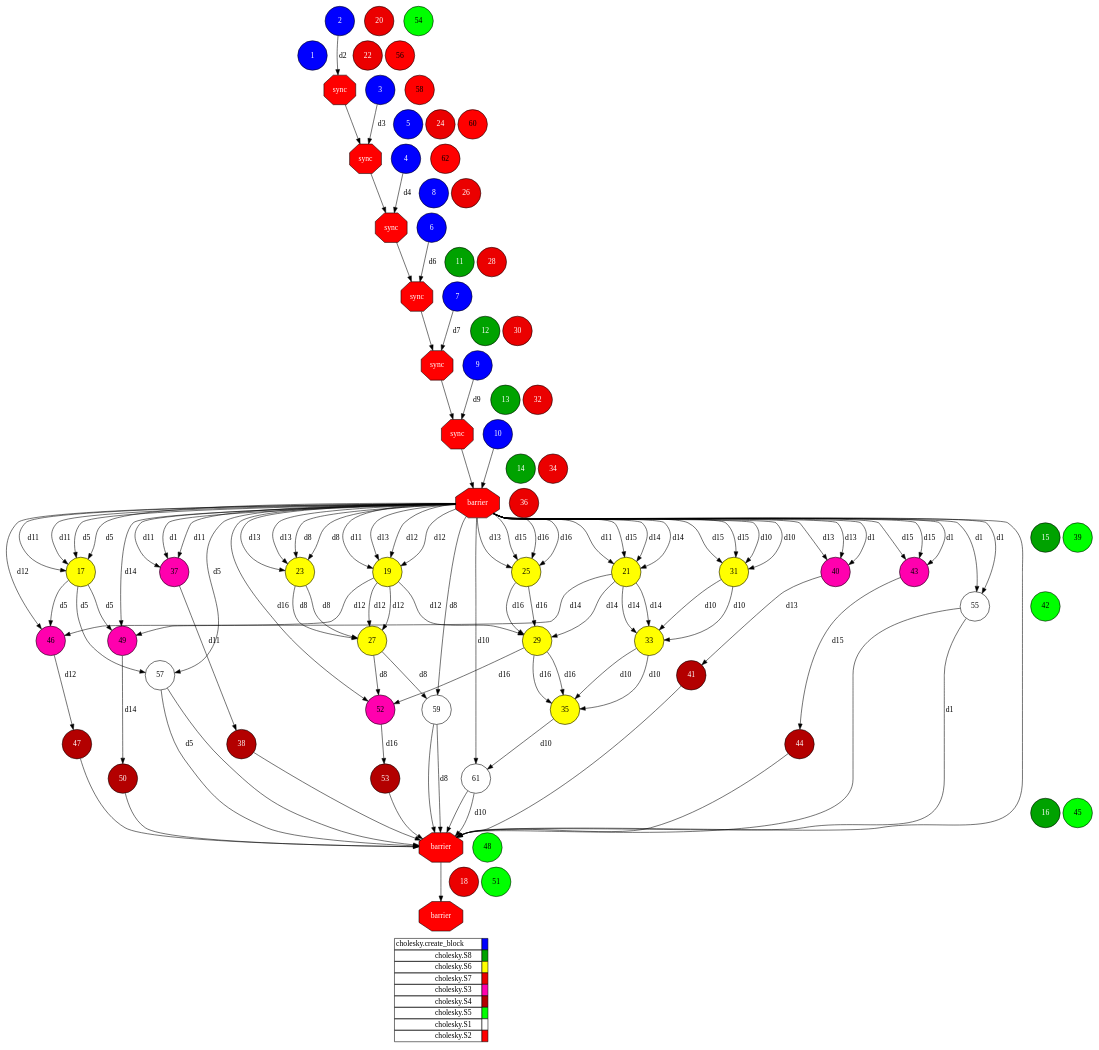
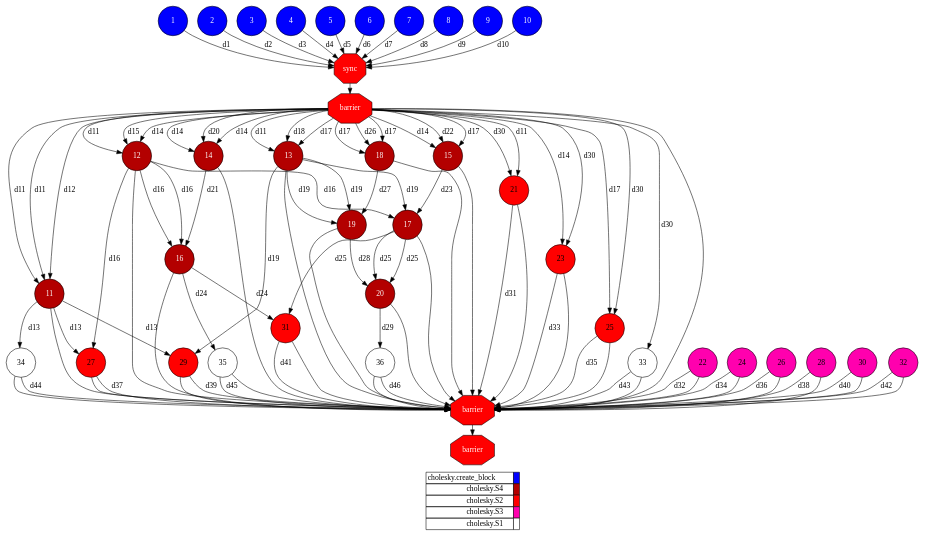
Before and after one commit to cristianrcv/pycompss-autoparallel: the diagram in examples/cholesky/autoparallel/complete_graph.dot, drawn with Graphviz. The commit also changed 6 other files, not shown here.

```diff
--- a/examples/cholesky/autoparallel/complete_graph.dot
+++ b/examples/cholesky/autoparallel/complete_graph.dot
@@ -7,176 +7,145 @@
 
 1[shape=circle, style=filled fillcolor="#0000ff" fontcolor="#ffffff"];
 2[shape=circle, style=filled fillcolor="#0000ff" fontcolor="#ffffff"];
-Synchro1[label="sync", shape=octagon, style=filled fillcolor="#ff0000" fontcolor="#FFFFFF"];
-2 -> Synchro1[ label="d2" ];
 3[shape=circle, style=filled fillcolor="#0000ff" fontcolor="#ffffff"];
-Synchro2[label="sync", shape=octagon, style=filled fillcolor="#ff0000" fontcolor="#FFFFFF"];
-Synchro1 -> Synchro2;
-3 -> Synchro2[ label="d3" ];
 4[shape=circle, style=filled fillcolor="#0000ff" fontcolor="#ffffff"];
-Synchro3[label="sync", shape=octagon, style=filled fillcolor="#ff0000" fontcolor="#FFFFFF"];
-Synchro2 -> Synchro3;
-4 -> Synchro3[ label="d4" ];
 5[shape=circle, style=filled fillcolor="#0000ff" fontcolor="#ffffff"];
 6[shape=circle, style=filled fillcolor="#0000ff" fontcolor="#ffffff"];
-Synchro4[label="sync", shape=octagon, style=filled fillcolor="#ff0000" fontcolor="#FFFFFF"];
-Synchro3 -> Synchro4;
-6 -> Synchro4[ label="d6" ];
 7[shape=circle, style=filled fillcolor="#0000ff" fontcolor="#ffffff"];
-Synchro5[label="sync", shape=octagon, style=filled fillcolor="#ff0000" fontcolor="#FFFFFF"];
-Synchro4 -> Synchro5;
-7 -> Synchro5[ label="d7" ];
 8[shape=circle, style=filled fillcolor="#0000ff" fontcolor="#ffffff"];
 9[shape=circle, style=filled fillcolor="#0000ff" fontcolor="#ffffff"];
-Synchro6[label="sync", shape=octagon, style=filled fillcolor="#ff0000" fontcolor="#FFFFFF"];
-Synchro5 -> Synchro6;
-9 -> Synchro6[ label="d9" ];
 10[shape=circle, style=filled fillcolor="#0000ff" fontcolor="#ffffff"];
-Synchro7[label="barrier", shape=octagon, style=filled fillcolor="#ff0000" fontcolor="#FFFFFF"];
-Synchro6 -> Synchro7;
-10 -> Synchro7;
-11[shape=circle, style=filled fillcolor="#00a200" fontcolor="#ffffff"];
-12[shape=circle, style=filled fillcolor="#00a200" fontcolor="#ffffff"];
-13[shape=circle, style=filled fillcolor="#00a200" fontcolor="#ffffff"];
-14[shape=circle, style=filled fillcolor="#00a200" fontcolor="#ffffff"];
-15[shape=circle, style=filled fillcolor="#00a200" fontcolor="#ffffff"];
-16[shape=circle, style=filled fillcolor="#00a200" fontcolor="#ffffff"];
-17[shape=circle, style=filled fillcolor="#ffff00" fontcolor="#000000"];
-Synchro7 -> 17[ label="d5" ];
-Synchro7 -> 17[ label="d5" ];
-Synchro7 -> 17[ label="d11" ];
-Synchro7 -> 17[ label="d11" ];
-18[shape=circle, style=filled fillcolor="#eb0000" fontcolor="#ffffff"];
-19[shape=circle, style=filled fillcolor="#ffff00" fontcolor="#000000"];
-Synchro7 -> 19[ label="d12" ];
-Synchro7 -> 19[ label="d12" ];
-Synchro7 -> 19[ label="d11" ];
-Synchro7 -> 19[ label="d13" ];
-20[shape=circle, style=filled fillcolor="#eb0000" fontcolor="#ffffff"];
-21[shape=circle, style=filled fillcolor="#ffff00" fontcolor="#000000"];
-Synchro7 -> 21[ label="d14" ];
-Synchro7 -> 21[ label="d14" ];
-Synchro7 -> 21[ label="d11" ];
-Synchro7 -> 21[ label="d15" ];
-22[shape=circle, style=filled fillcolor="#eb0000" fontcolor="#ffffff"];
-23[shape=circle, style=filled fillcolor="#ffff00" fontcolor="#000000"];
-Synchro7 -> 23[ label="d8" ];
-Synchro7 -> 23[ label="d8" ];
-Synchro7 -> 23[ label="d13" ];
-Synchro7 -> 23[ label="d13" ];
-24[shape=circle, style=filled fillcolor="#eb0000" fontcolor="#ffffff"];
-25[shape=circle, style=filled fillcolor="#ffff00" fontcolor="#000000"];
-Synchro7 -> 25[ label="d16" ];
-Synchro7 -> 25[ label="d16" ];
-Synchro7 -> 25[ label="d13" ];
-Synchro7 -> 25[ label="d15" ];
-26[shape=circle, style=filled fillcolor="#eb0000" fontcolor="#ffffff"];
-27[shape=circle, style=filled fillcolor="#ffff00" fontcolor="#000000"];
-23 -> 27[ label="d8" ];
-23 -> 27[ label="d8" ];
-19 -> 27[ label="d12" ];
-19 -> 27[ label="d12" ];
-28[shape=circle, style=filled fillcolor="#eb0000" fontcolor="#ffffff"];
-29[shape=circle, style=filled fillcolor="#ffff00" fontcolor="#000000"];
-25 -> 29[ label="d16" ];
-25 -> 29[ label="d16" ];
-19 -> 29[ label="d12" ];
-21 -> 29[ label="d14" ];
-30[shape=circle, style=filled fillcolor="#eb0000" fontcolor="#ffffff"];
-31[shape=circle, style=filled fillcolor="#ffff00" fontcolor="#000000"];
-Synchro7 -> 31[ label="d10" ];
-Synchro7 -> 31[ label="d10" ];
-Synchro7 -> 31[ label="d15" ];
-Synchro7 -> 31[ label="d15" ];
-32[shape=circle, style=filled fillcolor="#eb0000" fontcolor="#ffffff"];
-33[shape=circle, style=filled fillcolor="#ffff00" fontcolor="#000000"];
-31 -> 33[ label="d10" ];
-31 -> 33[ label="d10" ];
-21 -> 33[ label="d14" ];
-21 -> 33[ label="d14" ];
-34[shape=circle, style=filled fillcolor="#eb0000" fontcolor="#ffffff"];
-35[shape=circle, style=filled fillcolor="#ffff00" fontcolor="#000000"];
-33 -> 35[ label="d10" ];
-33 -> 35[ label="d10" ];
-29 -> 35[ label="d16" ];
-29 -> 35[ label="d16" ];
-36[shape=circle, style=filled fillcolor="#eb0000" fontcolor="#ffffff"];
-37[shape=circle, style=filled fillcolor="#ff00ae" fontcolor="#000000"];
-Synchro7 -> 37[ label="d11" ];
-Synchro7 -> 37[ label="d11" ];
-Synchro7 -> 37[ label="d1" ];
-38[shape=circle, style=filled fillcolor="#b30000" fontcolor="#ffffff"];
-37 -> 38[ label="d11" ];
-39[shape=circle, style=filled fillcolor="#00ff00" fontcolor="#000000"];
-40[shape=circle, style=filled fillcolor="#ff00ae" fontcolor="#000000"];
-Synchro7 -> 40[ label="d13" ];
-Synchro7 -> 40[ label="d13" ];
-Synchro7 -> 40[ label="d1" ];
-41[shape=circle, style=filled fillcolor="#b30000" fontcolor="#ffffff"];
-40 -> 41[ label="d13" ];
-42[shape=circle, style=filled fillcolor="#00ff00" fontcolor="#000000"];
-43[shape=circle, style=filled fillcolor="#ff00ae" fontcolor="#000000"];
-Synchro7 -> 43[ label="d15" ];
-Synchro7 -> 43[ label="d15" ];
-Synchro7 -> 43[ label="d1" ];
-44[shape=circle, style=filled fillcolor="#b30000" fontcolor="#ffffff"];
-43 -> 44[ label="d15" ];
-45[shape=circle, style=filled fillcolor="#00ff00" fontcolor="#000000"];
-46[shape=circle, style=filled fillcolor="#ff00ae" fontcolor="#000000"];
-19 -> 46[ label="d12" ];
-Synchro7 -> 46[ label="d12" ];
-17 -> 46[ label="d5" ];
-47[shape=circle, style=filled fillcolor="#b30000" fontcolor="#ffffff"];
-46 -> 47[ label="d12" ];
-48[shape=circle, style=filled fillcolor="#00ff00" fontcolor="#000000"];
-49[shape=circle, style=filled fillcolor="#ff00ae" fontcolor="#000000"];
-21 -> 49[ label="d14" ];
-Synchro7 -> 49[ label="d14" ];
-17 -> 49[ label="d5" ];
-50[shape=circle, style=filled fillcolor="#b30000" fontcolor="#ffffff"];
-49 -> 50[ label="d14" ];
-51[shape=circle, style=filled fillcolor="#00ff00" fontcolor="#000000"];
-52[shape=circle, style=filled fillcolor="#ff00ae" fontcolor="#000000"];
-29 -> 52[ label="d16" ];
-Synchro7 -> 52[ label="d16" ];
-27 -> 52[ label="d8" ];
-53[shape=circle, style=filled fillcolor="#b30000" fontcolor="#ffffff"];
-52 -> 53[ label="d16" ];
-54[shape=circle, style=filled fillcolor="#00ff00" fontcolor="#000000"];
-55[shape=circle, style=filled fillcolor="#ffffff" fontcolor="#000000"];
-Synchro7 -> 55[ label="d1" ];
-Synchro7 -> 55[ label="d1" ];
-56[shape=circle, style=filled fillcolor="#ff0000" fontcolor="#000000"];
-57[shape=circle, style=filled fillcolor="#ffffff" fontcolor="#000000"];
-17 -> 57[ label="d5" ];
-Synchro7 -> 57[ label="d5" ];
-58[shape=circle, style=filled fillcolor="#ff0000" fontcolor="#000000"];
-59[shape=circle, style=filled fillcolor="#ffffff" fontcolor="#000000"];
-27 -> 59[ label="d8" ];
-Synchro7 -> 59[ label="d8" ];
-60[shape=circle, style=filled fillcolor="#ff0000" fontcolor="#000000"];
-61[shape=circle, style=filled fillcolor="#ffffff" fontcolor="#000000"];
-35 -> 61[ label="d10" ];
-Synchro7 -> 61[ label="d10" ];
-62[shape=circle, style=filled fillcolor="#ff0000" fontcolor="#000000"];
-Synchro8[label="barrier", shape=octagon, style=filled fillcolor="#ff0000" fontcolor="#FFFFFF"];
-Synchro7 -> Synchro8;
-57 -> Synchro8;
-38 -> Synchro8;
-53 -> Synchro8;
-44 -> Synchro8;
-61 -> Synchro8;
-50 -> Synchro8;
-59 -> Synchro8;
-41 -> Synchro8;
-47 -> Synchro8;
-55 -> Synchro8;
-55 -> Synchro8[ label="d1" ];
-57 -> Synchro8[ label="d5" ];
-59 -> Synchro8[ label="d8" ];
-61 -> Synchro8[ label="d10" ];
-Synchro9[label="barrier", shape=octagon, style=filled fillcolor="#ff0000" fontcolor="#FFFFFF"];
-Synchro8 -> Synchro9;  }
+Synchro1[label="sync", shape=octagon, style=filled fillcolor="#ff0000" fontcolor="#FFFFFF"];
+1 -> Synchro1[ label="d1" ];
+2 -> Synchro1[ label="d2" ];
+3 -> Synchro1[ label="d3" ];
+4 -> Synchro1[ label="d4" ];
+5 -> Synchro1[ label="d5" ];
+6 -> Synchro1[ label="d6" ];
+7 -> Synchro1[ label="d7" ];
+8 -> Synchro1[ label="d8" ];
+9 -> Synchro1[ label="d9" ];
+10 -> Synchro1[ label="d10" ];
+Synchro2[label="barrier", shape=octagon, style=filled fillcolor="#ff0000" fontcolor="#FFFFFF"];
+Synchro1 -> Synchro2;
+11[shape=circle, style=filled fillcolor="#b30000" fontcolor="#ffffff"];
+Synchro2 -> 11[ label="d11" ];
+Synchro2 -> 11[ label="d11" ];
+Synchro2 -> 11[ label="d12" ];
+12[shape=circle, style=filled fillcolor="#b30000" fontcolor="#ffffff"];
+Synchro2 -> 12[ label="d14" ];
+Synchro2 -> 12[ label="d11" ];
+Synchro2 -> 12[ label="d15" ];
+13[shape=circle, style=filled fillcolor="#b30000" fontcolor="#ffffff"];
+Synchro2 -> 13[ label="d17" ];
+Synchro2 -> 13[ label="d11" ];
+Synchro2 -> 13[ label="d18" ];
+14[shape=circle, style=filled fillcolor="#b30000" fontcolor="#ffffff"];
+Synchro2 -> 14[ label="d14" ];
+Synchro2 -> 14[ label="d14" ];
+Synchro2 -> 14[ label="d20" ];
+15[shape=circle, style=filled fillcolor="#b30000" fontcolor="#ffffff"];
+Synchro2 -> 15[ label="d17" ];
+Synchro2 -> 15[ label="d14" ];
+Synchro2 -> 15[ label="d22" ];
+16[shape=circle, style=filled fillcolor="#b30000" fontcolor="#ffffff"];
+12 -> 16[ label="d16" ];
+12 -> 16[ label="d16" ];
+14 -> 16[ label="d21" ];
+17[shape=circle, style=filled fillcolor="#b30000" fontcolor="#ffffff"];
+13 -> 17[ label="d19" ];
+12 -> 17[ label="d16" ];
+15 -> 17[ label="d23" ];
+18[shape=circle, style=filled fillcolor="#b30000" fontcolor="#ffffff"];
+Synchro2 -> 18[ label="d17" ];
+Synchro2 -> 18[ label="d17" ];
+Synchro2 -> 18[ label="d26" ];
+19[shape=circle, style=filled fillcolor="#b30000" fontcolor="#ffffff"];
+13 -> 19[ label="d19" ];
+13 -> 19[ label="d19" ];
+18 -> 19[ label="d27" ];
+20[shape=circle, style=filled fillcolor="#b30000" fontcolor="#ffffff"];
+17 -> 20[ label="d25" ];
+17 -> 20[ label="d25" ];
+19 -> 20[ label="d28" ];
+21[shape=circle, style=filled fillcolor="#ff0000" fontcolor="#000000"];
+Synchro2 -> 21[ label="d30" ];
+Synchro2 -> 21[ label="d11" ];
+22[shape=circle, style=filled fillcolor="#ff00ae" fontcolor="#000000"];
+23[shape=circle, style=filled fillcolor="#ff0000" fontcolor="#000000"];
+Synchro2 -> 23[ label="d30" ];
+Synchro2 -> 23[ label="d14" ];
+24[shape=circle, style=filled fillcolor="#ff00ae" fontcolor="#000000"];
+25[shape=circle, style=filled fillcolor="#ff0000" fontcolor="#000000"];
+Synchro2 -> 25[ label="d30" ];
+Synchro2 -> 25[ label="d17" ];
+26[shape=circle, style=filled fillcolor="#ff00ae" fontcolor="#000000"];
+27[shape=circle, style=filled fillcolor="#ff0000" fontcolor="#000000"];
+11 -> 27[ label="d13" ];
+12 -> 27[ label="d16" ];
+28[shape=circle, style=filled fillcolor="#ff00ae" fontcolor="#000000"];
+29[shape=circle, style=filled fillcolor="#ff0000" fontcolor="#000000"];
+11 -> 29[ label="d13" ];
+13 -> 29[ label="d19" ];
+30[shape=circle, style=filled fillcolor="#ff00ae" fontcolor="#000000"];
+31[shape=circle, style=filled fillcolor="#ff0000" fontcolor="#000000"];
+16 -> 31[ label="d24" ];
+17 -> 31[ label="d25" ];
+32[shape=circle, style=filled fillcolor="#ff00ae" fontcolor="#000000"];
+33[shape=circle, style=filled fillcolor="#ffffff" fontcolor="#000000"];
+Synchro2 -> 33[ label="d30" ];
+34[shape=circle, style=filled fillcolor="#ffffff" fontcolor="#000000"];
+11 -> 34[ label="d13" ];
+35[shape=circle, style=filled fillcolor="#ffffff" fontcolor="#000000"];
+16 -> 35[ label="d24" ];
+36[shape=circle, style=filled fillcolor="#ffffff" fontcolor="#000000"];
+20 -> 36[ label="d29" ];
+Synchro3[label="barrier", shape=octagon, style=filled fillcolor="#ff0000" fontcolor="#FFFFFF"];
+Synchro2 -> Synchro3;
+29 -> Synchro3;
+27 -> Synchro3;
+13 -> Synchro3;
+33 -> Synchro3;
+24 -> Synchro3;
+16 -> Synchro3;
+18 -> Synchro3;
+25 -> Synchro3;
+30 -> Synchro3;
+20 -> Synchro3;
+32 -> Synchro3;
+12 -> Synchro3;
+14 -> Synchro3;
+21 -> Synchro3;
+19 -> Synchro3;
+22 -> Synchro3;
+28 -> Synchro3;
+23 -> Synchro3;
+34 -> Synchro3;
+31 -> Synchro3;
+35 -> Synchro3;
+36 -> Synchro3;
+15 -> Synchro3;
+17 -> Synchro3;
+11 -> Synchro3;
+26 -> Synchro3;
+33 -> Synchro3[ label="d43" ];
+22 -> Synchro3[ label="d32" ];
+24 -> Synchro3[ label="d34" ];
+26 -> Synchro3[ label="d36" ];
+21 -> Synchro3[ label="d31" ];
+34 -> Synchro3[ label="d44" ];
+28 -> Synchro3[ label="d38" ];
+30 -> Synchro3[ label="d40" ];
+23 -> Synchro3[ label="d33" ];
+27 -> Synchro3[ label="d37" ];
+35 -> Synchro3[ label="d45" ];
+32 -> Synchro3[ label="d42" ];
+25 -> Synchro3[ label="d35" ];
+29 -> Synchro3[ label="d39" ];
+31 -> Synchro3[ label="d41" ];
+36 -> Synchro3[ label="d46" ];
+Synchro4[label="barrier", shape=octagon, style=filled fillcolor="#ff0000" fontcolor="#FFFFFF"];
+Synchro3 -> Synchro4;  }
   subgraph legend {
     rank=sink;
     node [shape=plaintext, height=0.75];
@@ -189,36 +158,20 @@
 <td bgcolor="#0000ff">&nbsp;</td>
 </tr>
 <tr>
-<td align="right">cholesky.S8</td>
-<td bgcolor="#00a200">&nbsp;</td>
+<td align="right">cholesky.S4</td>
+<td bgcolor="#b30000">&nbsp;</td>
 </tr>
 <tr>
-<td align="right">cholesky.S6</td>
-<td bgcolor="#ffff00">&nbsp;</td>
-</tr>
-<tr>
-<td align="right">cholesky.S7</td>
-<td bgcolor="#eb0000">&nbsp;</td>
+<td align="right">cholesky.S2</td>
+<td bgcolor="#ff0000">&nbsp;</td>
 </tr>
 <tr>
 <td align="right">cholesky.S3</td>
 <td bgcolor="#ff00ae">&nbsp;</td>
 </tr>
 <tr>
-<td align="right">cholesky.S4</td>
-<td bgcolor="#b30000">&nbsp;</td>
-</tr>
-<tr>
-<td align="right">cholesky.S5</td>
-<td bgcolor="#00ff00">&nbsp;</td>
-</tr>
-<tr>
 <td align="right">cholesky.S1</td>
 <td bgcolor="#ffffff">&nbsp;</td>
-</tr>
-<tr>
-<td align="right">cholesky.S2</td>
-<td bgcolor="#ff0000">&nbsp;</td>
 </tr>
       </table>
     >]
```
